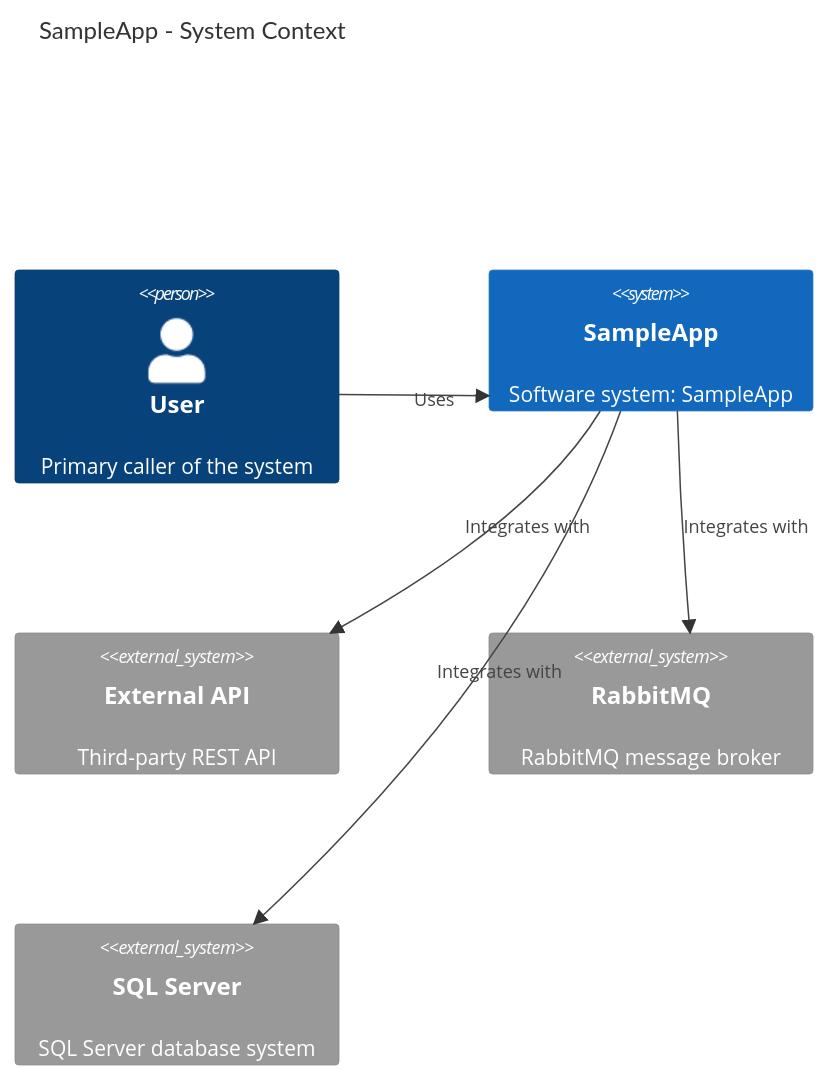
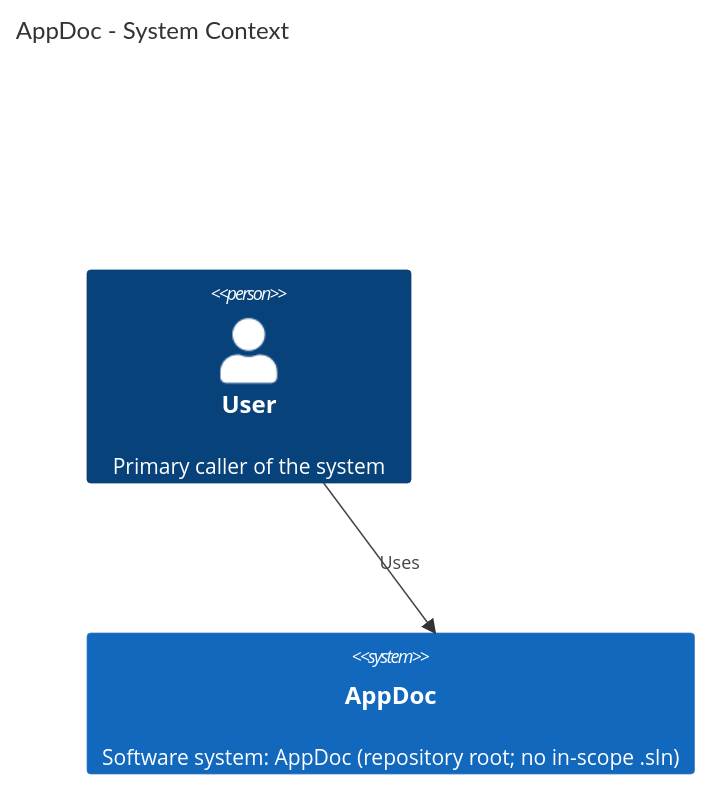
Before and after one commit to HeWhoRoams/AppDoc: the diagram in docs/diagrams/c4-context.md, drawn with Mermaid. The commit also changed other lines of this file and 48 other files, not shown here.

````diff
--- a/docs/diagrams/c4-context.md
+++ b/docs/diagrams/c4-context.md
@@ -13,13 +13,7 @@
 ```mermaid
 C4Context
-title SampleApp - System Context
+title AppDoc - System Context
 Person(user, "User", "Primary caller of the system")
-System(sampleapp, "SampleApp", "Software system: SampleApp")
-Rel(user, sampleapp, "Uses")
-System_Ext(external_api, "External API", "Third-party REST API")
-Rel(sampleapp, external_api, "Integrates with")
-System_Ext(mq_rabbitmq, "RabbitMQ", "RabbitMQ message broker")
-Rel(sampleapp, mq_rabbitmq, "Integrates with")
-System_Ext(database_sql_server, "SQL Server", "SQL Server database system")
-Rel(sampleapp, database_sql_server, "Integrates with")
+System(appdoc, "AppDoc", "Software system: AppDoc (repository root; no in-scope .sln)")
+Rel(user, appdoc, "Uses")
 ```
````
